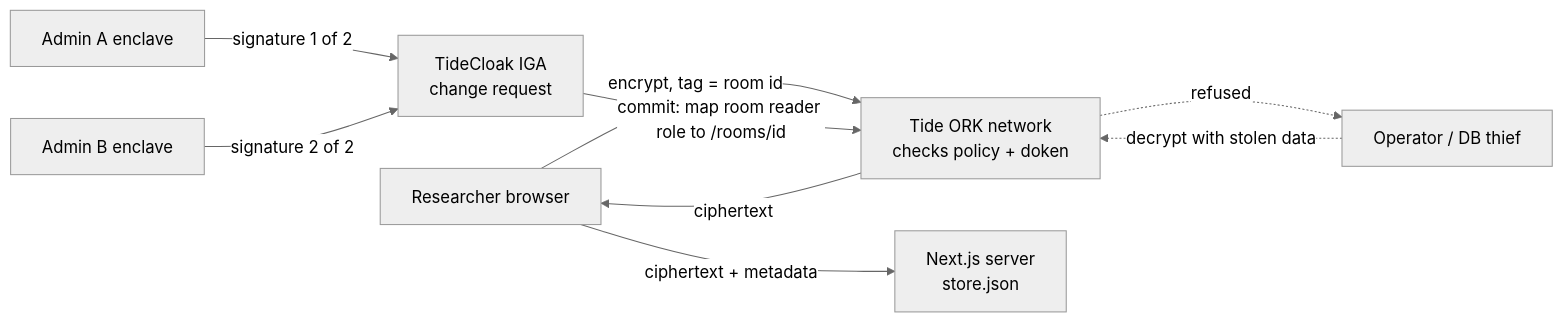
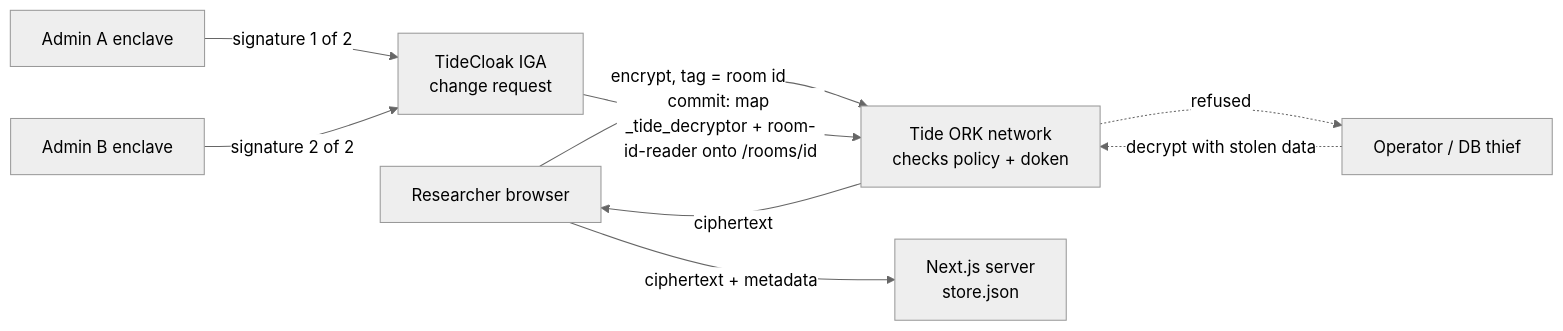
One commit to ChewEzekiel/rmithackathon-powerranger changed the diagram in README.md. Above: the diagram before and after it, drawn with Mermaid (neutral theme). The commit also changed other lines of this file and 5 other files, not shown here.

````diff
--- a/README.md
+++ b/README.md
@@ -47,11 +49,11 @@
 ```mermaid
 flowchart LR
   R["Researcher browser"] -- "encrypt, tag = room id" --> T["Tide ORK network<br/>checks policy + doken"]
   T -- ciphertext --> R
   R -- "ciphertext + metadata" --> S["Next.js server<br/>store.json"]
   A1["Admin A enclave"] -- "signature 1 of 2" --> G["TideCloak IGA<br/>change request"]
   A2["Admin B enclave"] -- "signature 2 of 2" --> G
-  G -- "commit: map room reader role to /rooms/id" --> T
+  G -- "commit: map _tide_decryptor + room-id-reader onto /rooms/id" --> T
   O["Operator / DB thief"] -. "decrypt with stolen data" .-> T
   T -. refused .-> O
 ```
````
